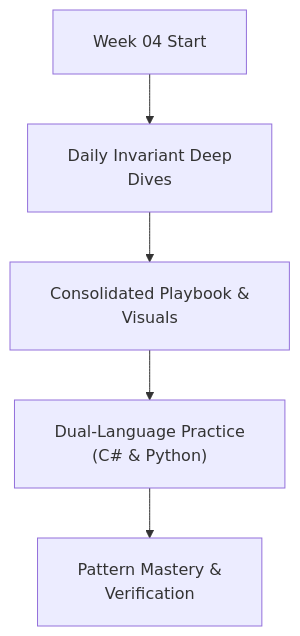
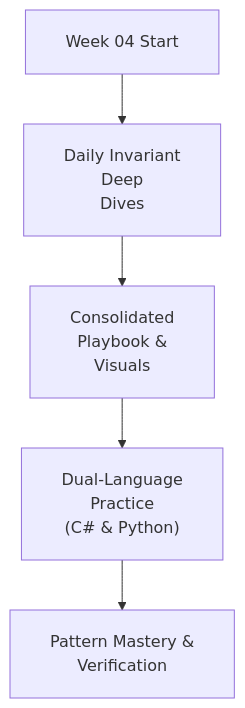
The diagram in week_04_core_problem_solving_patterns_i/README.md (dip4k/DSA_102), drawn with Mermaid before and after one commit. The commit also changed 106 other files, not shown here.

First line of the commit message:
fix(mermaid): prevent text clipping with foreignObject overflow and tighter line wrapping

````diff
--- a/week_04_core_problem_solving_patterns_i/README.md
+++ b/week_04_core_problem_solving_patterns_i/README.md
@@ -16,8 +16,8 @@
 ```mermaid
-%%{init: {"flowchart": {"htmlLabels": true, "padding": 20}}}%%
+%%{init: {"flowchart": {"htmlLabels": true, "padding": 20}, "themeCSS": "foreignObject { overflow: visible !important; }"}}%%
 flowchart TD
-    Start["Week 04 Start"] --> Daily["Daily Invariant Deep<br/>Dives"]
-    Daily --> Playbook["Consolidated Playbook &<br/>Visuals"]
-    Playbook --> DualLang["Dual-Language Practice<br/>(C# & Python)"]
+    Start["Week 04 Start"] --> Daily["Daily Invariant<br/>Deep<br/>Dives"]
+    Daily --> Playbook["Consolidated<br/>Playbook &<br/>Visuals"]
+    Playbook --> DualLang["Dual-Language<br/>Practice<br/>(C# & Python)"]
     DualLang --> Mastery["Pattern Mastery &<br/>Verification"]
 ```
````
